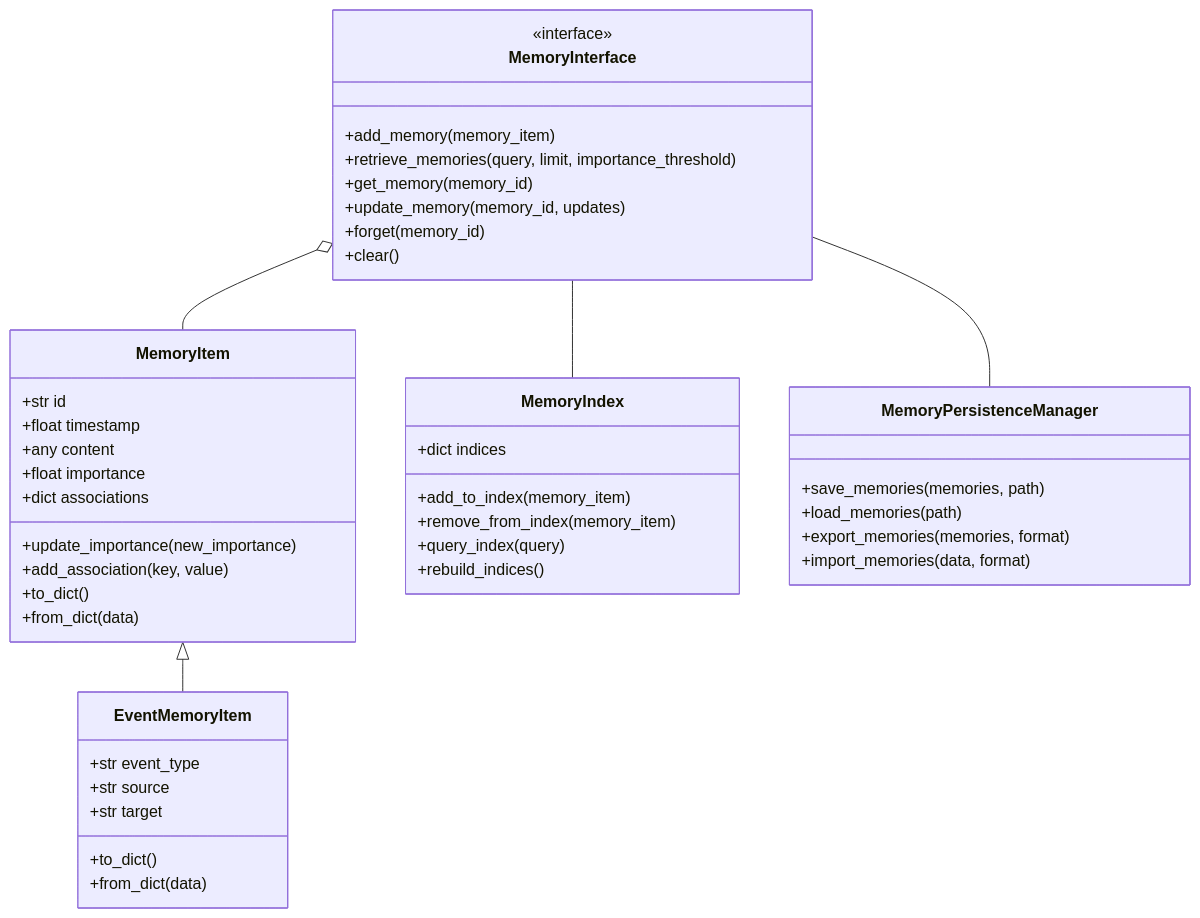
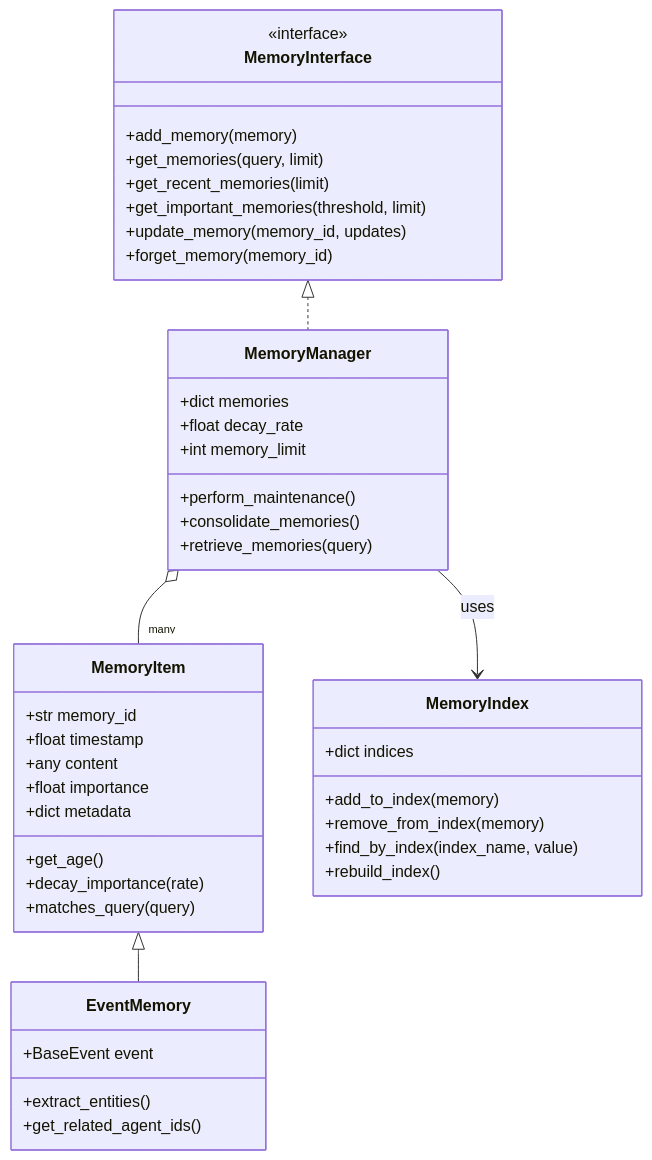
One commit to ianlintner/forum changed the fourth of 12 diagrams in docs/agentic_framework/architecture.md. Above: the diagram before and after it, drawn with Mermaid. The commit also changed other lines of this file and 13 other files, not shown here.

````diff
--- a/docs/agentic_framework/architecture.md
+++ b/docs/agentic_framework/architecture.md
@@ -260,52 +284,51 @@
 ```mermaid
 classDiagram
+    class MemoryInterface {
+        <<interface>>
+        +add_memory(memory)
+        +get_memories(query, limit)
+        +get_recent_memories(limit)
+        +get_important_memories(threshold, limit)
+        +update_memory(memory_id, updates)
+        +forget_memory(memory_id)
+    }
+    
     class MemoryItem {
-        +str id
+        +str memory_id
         +float timestamp
         +any content
         +float importance
-        +dict associations
-        +update_importance(new_importance)
-        +add_association(key, value)
-        +to_dict()
-        +from_dict(data)
+        +dict metadata
+        +get_age()
+        +decay_importance(rate)
+        +matches_query(query)
     }
     
-    class MemoryInterface {
-        <<interface>>
-        +add_memory(memory_item)
-        +retrieve_memories(query, limit, importance_threshold)
-        +get_memory(memory_id)
-        +update_memory(memory_id, updates)
-        +forget(memory_id)
-        +clear()
+    class MemoryManager {
+        +dict memories
+        +float decay_rate
+        +int memory_limit
+        +perform_maintenance()
+        +consolidate_memories()
+        +retrieve_memories(query)
+    }
+    
+    class EventMemory {
+        +BaseEvent event
+        +extract_entities()
+        +get_related_agent_ids()
     }
     
     class MemoryIndex {
         +dict indices
-        +add_to_index(memory_item)
-        +remove_from_index(memory_item)
-        +query_index(query)
-        +rebuild_indices()
+        +add_to_index(memory)
+        +remove_from_index(memory)
+        +find_by_index(index_name, value)
+        +rebuild_index()
     }
     
-    class MemoryPersistenceManager {
-        +save_memories(memories, path)
-        +load_memories(path)
-        +export_memories(memories, format)
-        +import_memories(data, format)
-    }
-    
-    class EventMemoryItem {
-        +str event_type
-        +str source
-        +str target
-        +to_dict()
-        +from_dict(data)
-    }
-    
-    MemoryItem <|-- EventMemoryItem
-    MemoryInterface o-- MemoryItem
-    MemoryInterface -- MemoryIndex
-    MemoryInterface -- MemoryPersistenceManager
+    MemoryInterface <|.. MemoryManager
+    MemoryManager o-- "many" MemoryItem
+    MemoryManager --> MemoryIndex : uses
+    MemoryItem <|-- EventMemory
 ```
````
